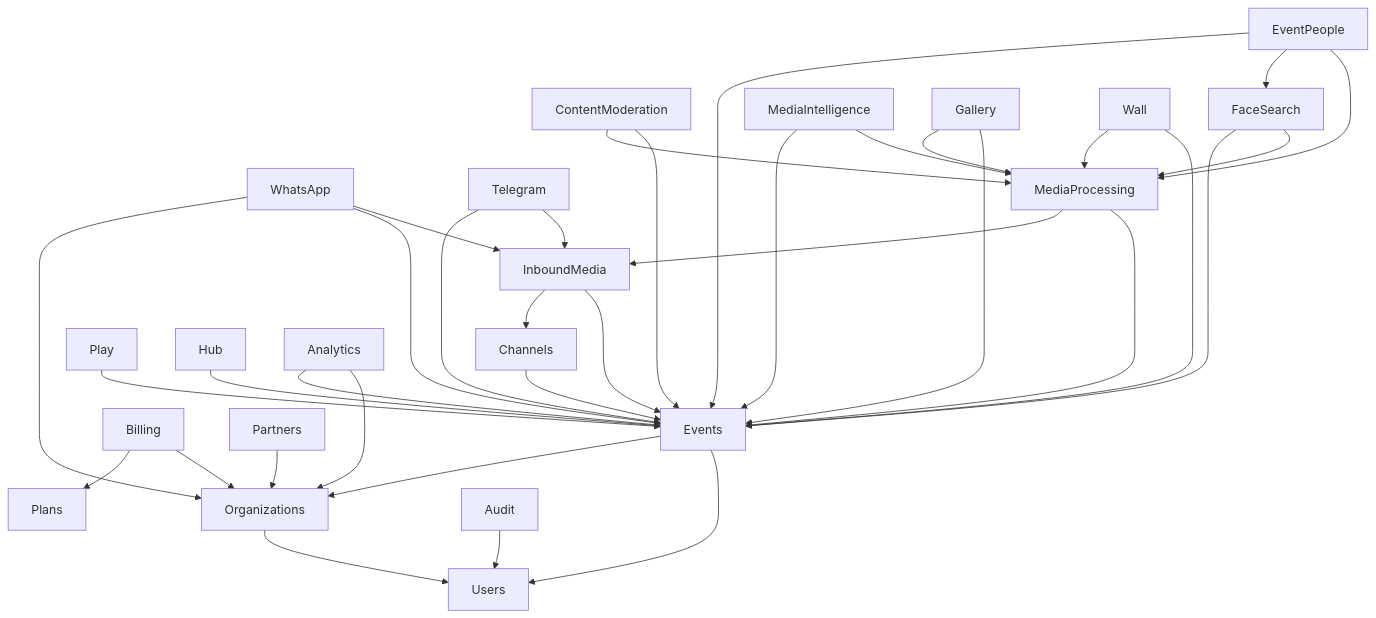
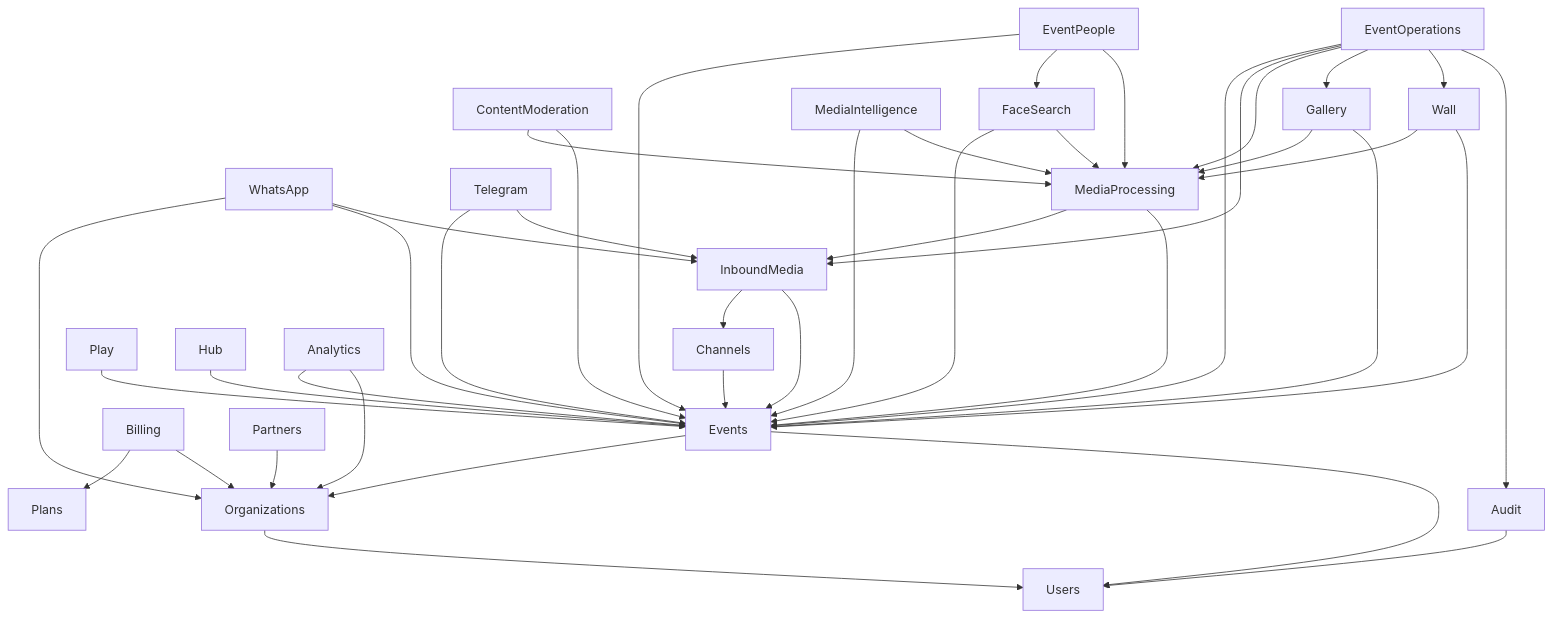
One commit to hypeneural/vivoevento changed the diagram in docs/modules/module-map.md. Above: the diagram before and after it, drawn with Mermaid. The commit also changed other lines of this file and 161 other files, not shown here.

````diff
--- a/docs/modules/module-map.md
+++ b/docs/modules/module-map.md
@@ -34,37 +35,43 @@
 ```mermaid
 graph TD
     Organizations --> Users
     Events --> Organizations
     Events --> Users
     Channels --> Events
     InboundMedia --> Channels
     InboundMedia --> Events
     WhatsApp --> Organizations
     WhatsApp --> Events
     WhatsApp --> InboundMedia
     Telegram --> Events
     Telegram --> InboundMedia
     MediaProcessing --> InboundMedia
     MediaProcessing --> Events
     ContentModeration --> MediaProcessing
     ContentModeration --> Events
     FaceSearch --> Events
     FaceSearch --> MediaProcessing
     EventPeople --> Events
     EventPeople --> FaceSearch
     EventPeople --> MediaProcessing
     MediaIntelligence --> Events
     MediaIntelligence --> MediaProcessing
     Gallery --> MediaProcessing
     Gallery --> Events
     Wall --> MediaProcessing
     Wall --> Events
+    EventOperations --> Events
+    EventOperations --> InboundMedia
+    EventOperations --> MediaProcessing
+    EventOperations --> Gallery
+    EventOperations --> Wall
+    EventOperations --> Audit
     Play --> Events
     Hub --> Events
     Billing --> Plans
     Billing --> Organizations
     Partners --> Organizations
     Analytics --> Events
     Analytics --> Organizations
     Audit --> Users
 ```
````
